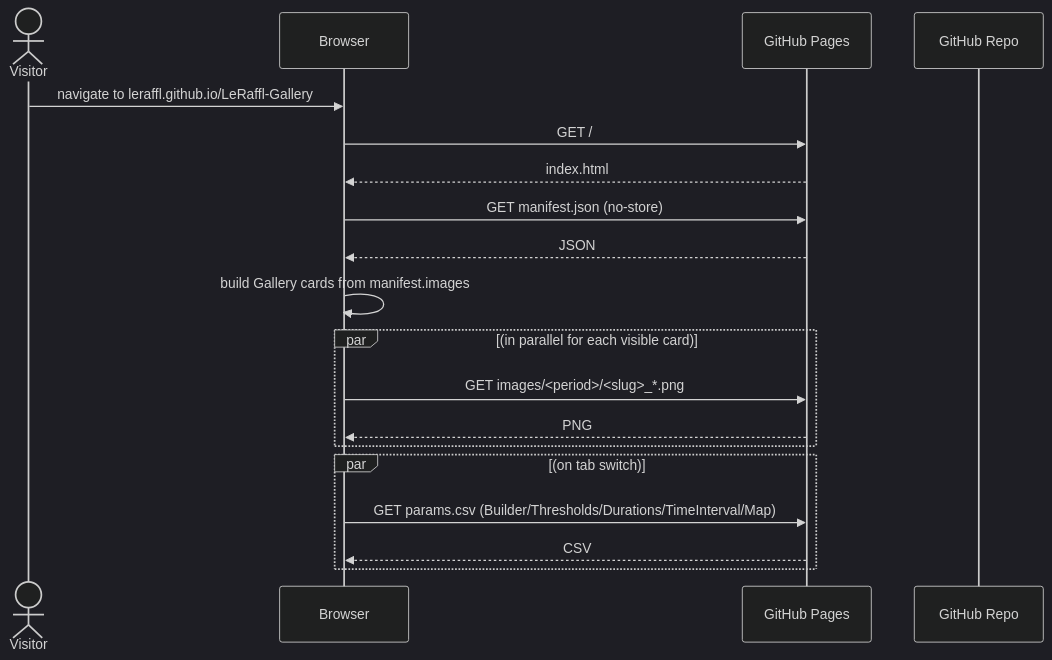
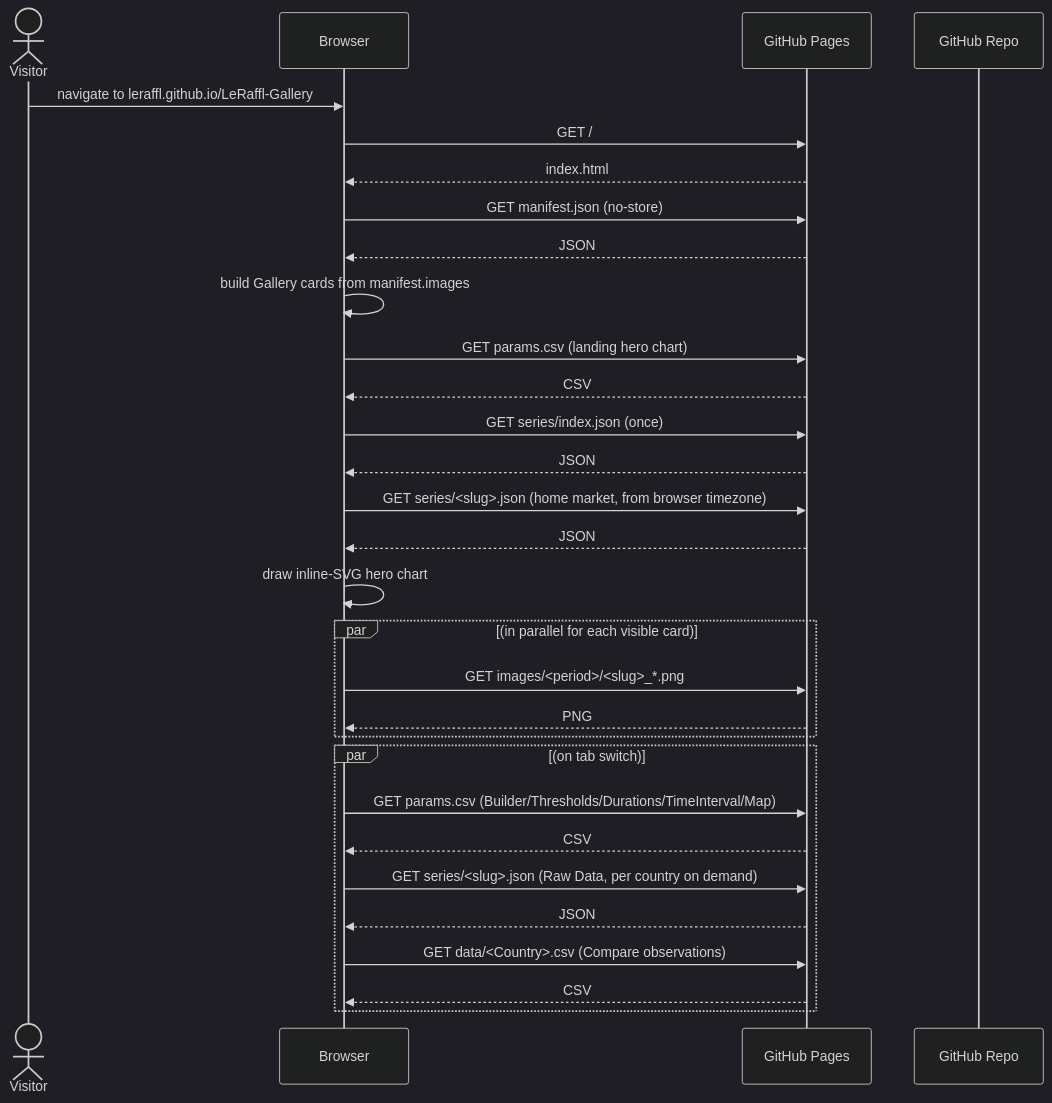
The sixth of 24 diagrams in docs/architecture/05-flows.md (LeRaffl/LeRaffl-Gallery), drawn with Mermaid (dark theme) before and after one commit. The commit also changed other lines of this file and 143 other files, not shown here.

````diff
--- a/docs/architecture/05-flows.md
+++ b/docs/architecture/05-flows.md
@@ -222,22 +222,33 @@
 ```mermaid
 sequenceDiagram
     actor Visitor
     participant Browser
     participant Pages as GitHub Pages
     participant Repo as GitHub Repo
 
     Visitor->>Browser: navigate to leraffl.github.io/LeRaffl-Gallery
     Browser->>Pages: GET /
     Pages-->>Browser: index.html
     Browser->>Pages: GET manifest.json (no-store)
     Pages-->>Browser: JSON
     Browser->>Browser: build Gallery cards from manifest.images
+    Browser->>Pages: GET params.csv (landing hero chart)
+    Pages-->>Browser: CSV
+    Browser->>Pages: GET series/index.json (once)
+    Pages-->>Browser: JSON
+    Browser->>Pages: GET series/<slug>.json (home market, from browser timezone)
+    Pages-->>Browser: JSON
+    Browser->>Browser: draw inline-SVG hero chart
     par (in parallel for each visible card)
         Browser->>Pages: GET images/<period>/<slug>_*.png
         Pages-->>Browser: PNG
     end
     par (on tab switch)
         Browser->>Pages: GET params.csv (Builder/Thresholds/Durations/TimeInterval/Map)
         Pages-->>Browser: CSV
+        Browser->>Pages: GET series/<slug>.json (Raw Data, per country on demand)
+        Pages-->>Browser: JSON
+        Browser->>Pages: GET data/<Country>.csv (Compare observations)
+        Pages-->>Browser: CSV
     end
 ```
````
